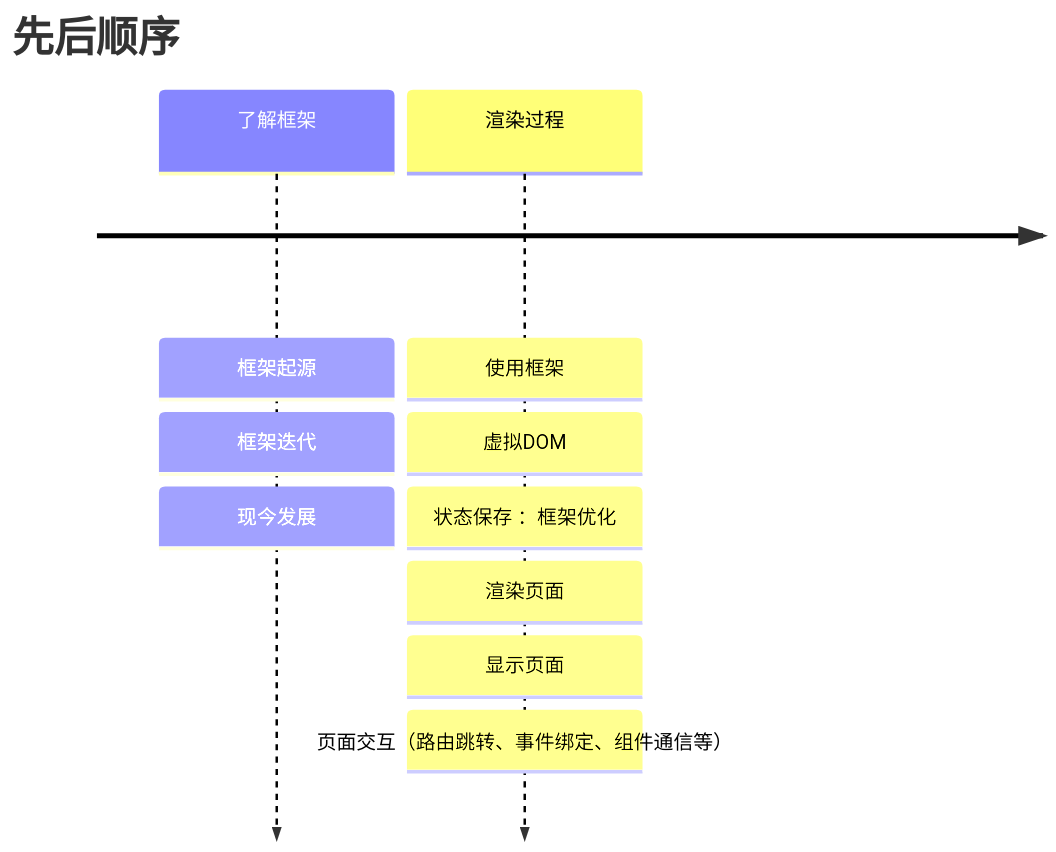
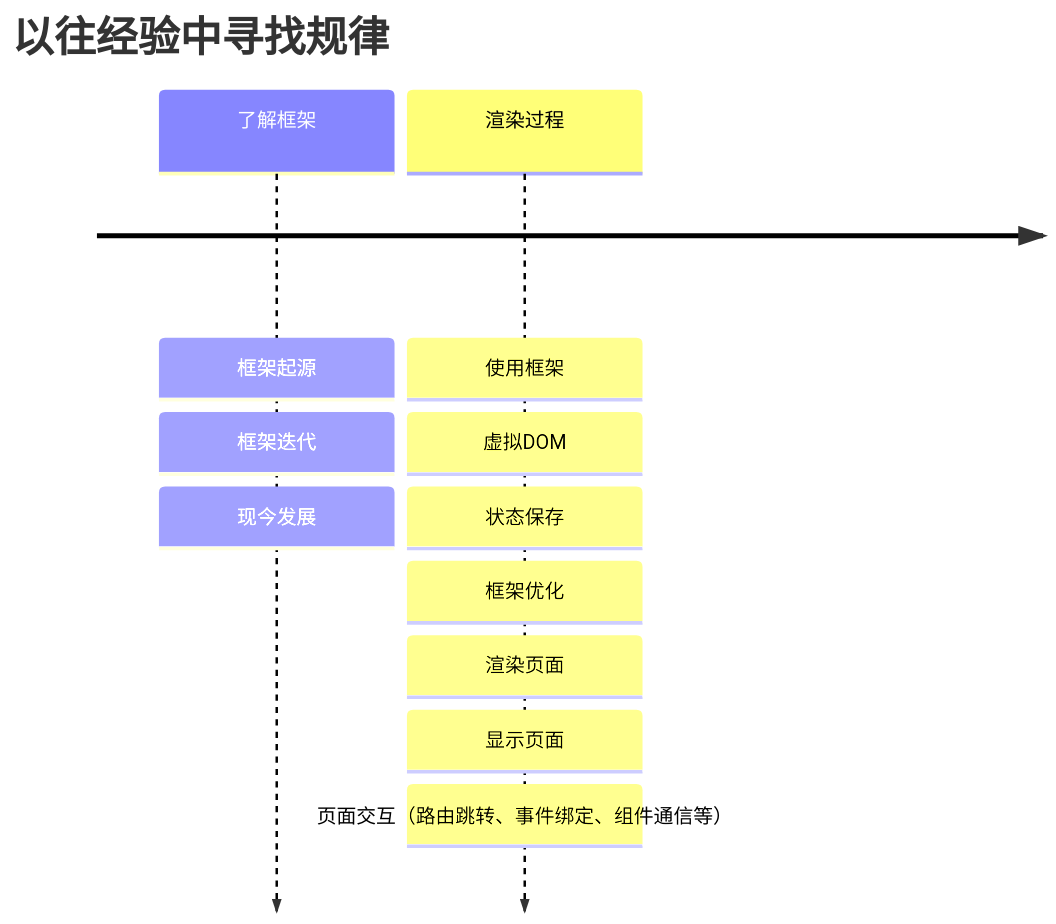
One commit to liquidGo/Basic_Konwledge_Extension changed the second of 6 diagrams in 09_REACT/[⭐⭐⭐⭐⭐]-REACT基础.md. Above: the diagram before and after it, drawn with Mermaid. The commit also changed other lines of this file and 1 other file, not shown here.

````diff
--- a/09_REACT/[⭐⭐⭐⭐⭐]-REACT基础.md
+++ b/09_REACT/[⭐⭐⭐⭐⭐]-REACT基础.md
@@ -25,6 +27,6 @@
 ```mermaid
 timeline
-    title 先后顺序
+    title 以往经验中寻找规律
     了解框架 : 框架起源 : 框架迭代 : 现今发展
-    渲染过程 : 使用框架 : 虚拟DOM : 状态保存 ：框架优化 : 渲染页面 : 显示页面 : 页面交互（路由跳转、事件绑定、组件通信等）
+    渲染过程 : 使用框架 : 虚拟DOM : 状态保存: 框架优化 : 渲染页面 : 显示页面 : 页面交互（路由跳转、事件绑定、组件通信等）
 ```
````
